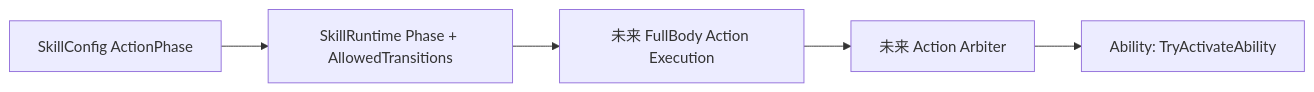
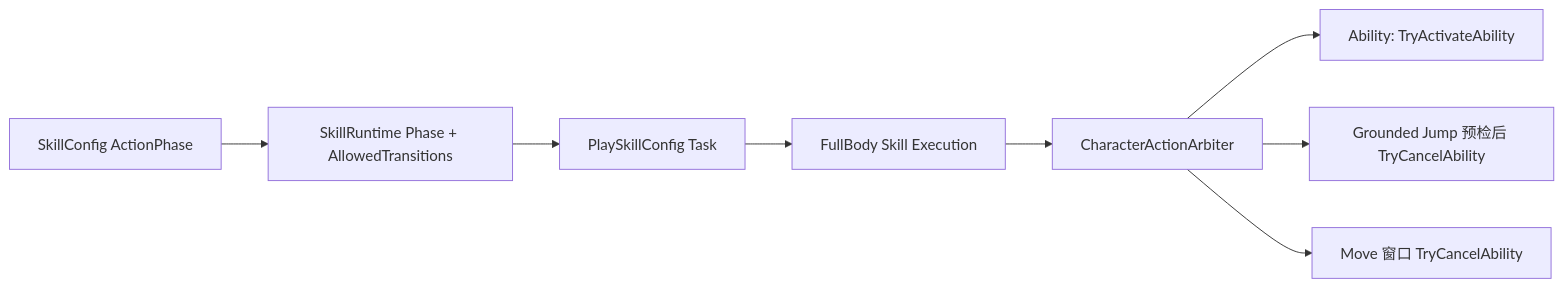
One commit to Whitesheeeep/3DRPG changed the fourth of 6 diagrams in Assets/Scripts/SkillSystem/Runtime/SkillRuntime.md. Above: the diagram before and after it, drawn with Mermaid. The commit also changed other lines of this file and 48 other files, not shown here.

````diff
--- a/Assets/Scripts/SkillSystem/Runtime/SkillRuntime.md
+++ b/Assets/Scripts/SkillSystem/Runtime/SkillRuntime.md
@@ -131,7 +131,10 @@
 ```mermaid
 flowchart LR
     Config["SkillConfig ActionPhase"] --> Runtime["SkillRuntime Phase + AllowedTransitions"]
-    Runtime --> Execution["未来 FullBody Action Execution"]
-    Execution --> Arbiter["未来 Action Arbiter"]
+    Runtime --> Task["PlaySkillConfig Task"]
+    Task --> Execution["FullBody Skill Execution"]
+    Execution --> Arbiter["CharacterActionArbiter"]
     Arbiter --> GAS["Ability: TryActivateAbility"]
+    Arbiter --> Jump["Grounded Jump 预检后 TryCancelAbility"]
+    Arbiter --> Move["Move 窗口 TryCancelAbility"]
 ```
````
